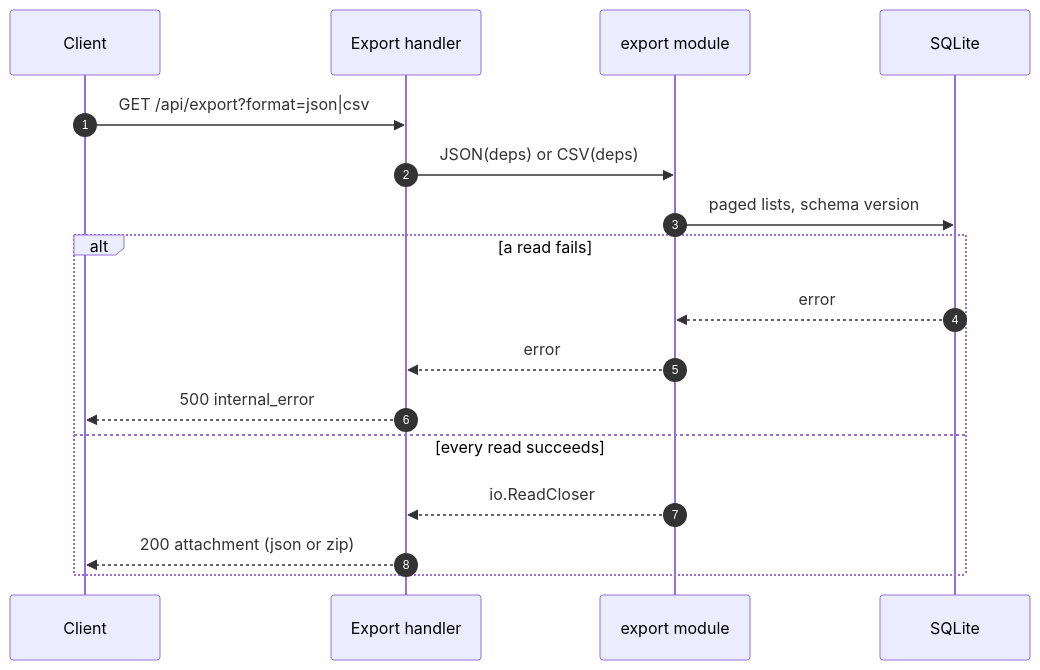
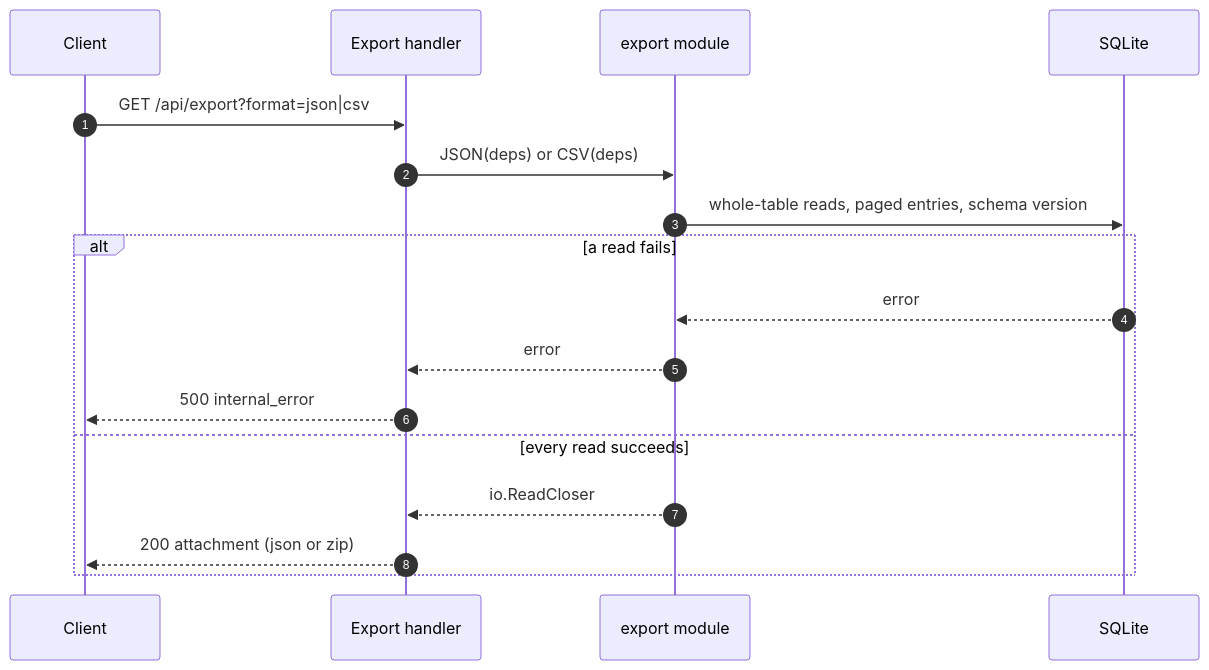
The diagram in docs/endpoints/GET_api_export.md (dimasbaguspm/spenicle), drawn with Mermaid before and after one commit. The commit also changed other lines of this file and 8 other files, not shown here.

Commit message:
fix: read every table whole so an export cannot truncate

````diff
--- a/docs/endpoints/GET_api_export.md
+++ b/docs/endpoints/GET_api_export.md
@@ -96,19 +94,19 @@
 ```mermaid
 sequenceDiagram
     autonumber
     participant C as Client
     participant H as Export handler
     participant M as export module
     participant DB as SQLite
     C->>H: GET /api/export?format=json|csv
     H->>M: JSON(deps) or CSV(deps)
-    M->>DB: paged lists, schema version
+    M->>DB: whole-table reads, paged entries, schema version
     alt a read fails
         DB-->>M: error
         M-->>H: error
         H-->>C: 500 internal_error
     else every read succeeds
         M-->>H: io.ReadCloser
         H-->>C: 200 attachment (json or zip)
     end
 ```
````
